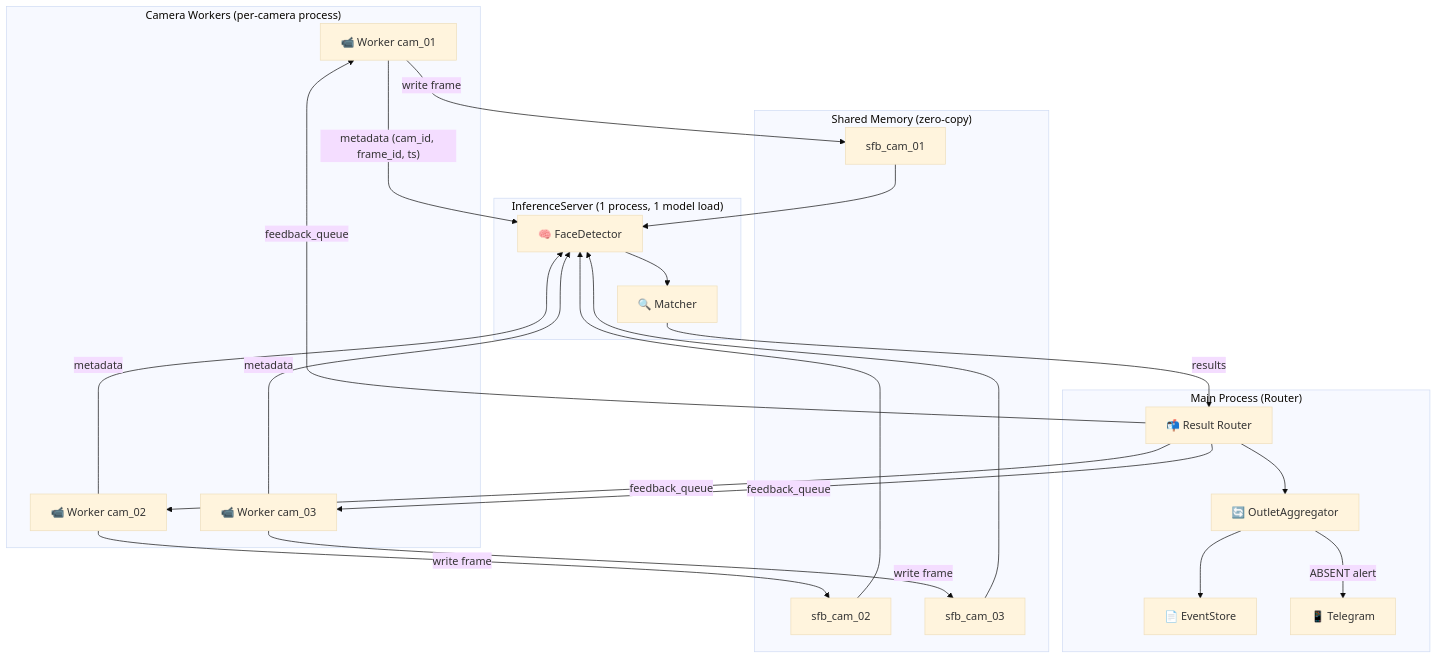
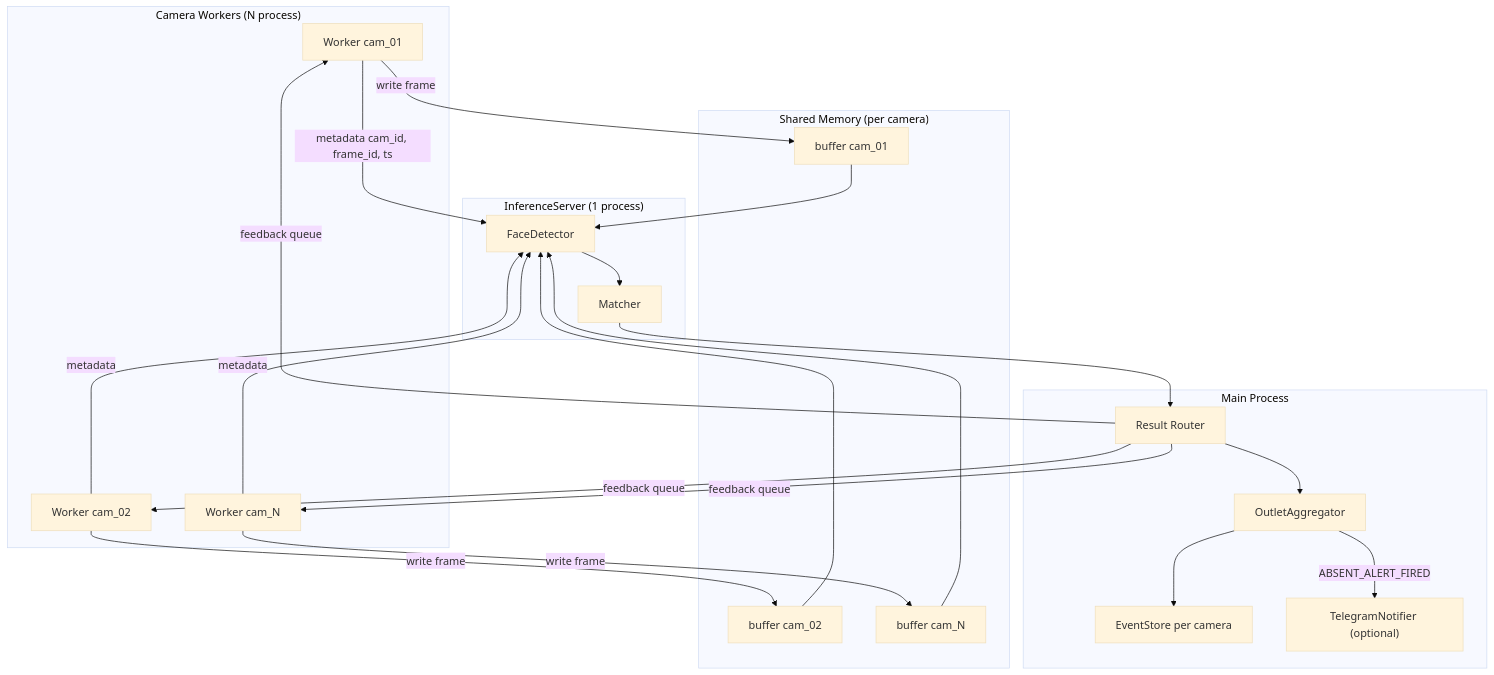
One commit to Nanaacaw/face_recognition- changed the first of 2 diagrams in docs/05-system-flow.md. Above: the diagram before and after it, drawn with Mermaid (base theme). The commit also changed other lines of this file, not shown here.

Commit message:
refactor: update system flow documentation for clarity and structure

````diff
--- a/docs/05-system-flow.md
+++ b/docs/05-system-flow.md
@@ -45,48 +27,45 @@
 ```mermaid
 flowchart TD
-    subgraph proc_workers["Camera Workers (per-camera process)"]
-        W1[📹 Worker cam_01] 
-        W2[📹 Worker cam_02]
-        W3[📹 Worker cam_03]
+    subgraph workers["Camera Workers (N process)"]
+        W1["Worker cam_01"]
+        W2["Worker cam_02"]
+        WN["Worker cam_N"]
     end
 
-    subgraph shm["Shared Memory (zero-copy)"]
-        SHM1[sfb_cam_01]
-        SHM2[sfb_cam_02]
-        SHM3[sfb_cam_03]
+    subgraph shm["Shared Memory (per camera)"]
+        S1["buffer cam_01"]
+        S2["buffer cam_02"]
+        SN["buffer cam_N"]
     end
 
-    subgraph inference["InferenceServer (1 process, 1 model load)"]
-        DET[🧠 FaceDetector]
-        MAT[🔍 Matcher]
+    subgraph inf["InferenceServer (1 process)"]
+        DET["FaceDetector"]
+        MAT["Matcher"]
     end
 
-    subgraph main["Main Process (Router)"]
-        Router[📬 Result Router]
-        AGG[🔄 OutletAggregator]
-        EVT[📄 EventStore]
-        TG[📱 Telegram]
+    subgraph main["Main Process"]
+        ROUTER["Result Router"]
+        AGG["OutletAggregator"]
+        STORE["EventStore per camera"]
+        TG["TelegramNotifier (optional)"]
     end
 
-    W1 -->|write frame| SHM1
-    W2 -->|write frame| SHM2
-    W3 -->|write frame| SHM3
+    W1 -->|write frame| S1
+    W2 -->|write frame| S2
+    WN -->|write frame| SN
 
-    SHM1 --> DET
-    SHM2 --> DET
-    SHM3 --> DET
+    W1 -->|metadata cam_id, frame_id, ts| DET
+    W2 -->|metadata| DET
+    WN -->|metadata| DET
 
-    W1 -->|"metadata (cam_id, frame_id, ts)"| DET
-    W2 -->|metadata| DET
-    W3 -->|metadata| DET
+    S1 --> DET
+    S2 --> DET
+    SN --> DET
 
-    DET --> MAT
-    MAT -->|results| Router
-
-    Router -->|feedback_queue| W1
-    Router -->|feedback_queue| W2
-    Router -->|feedback_queue| W3
-    Router --> AGG
-    AGG --> EVT
-    AGG -->|ABSENT alert| TG
+    DET --> MAT --> ROUTER
+    ROUTER -->|feedback queue| W1
+    ROUTER -->|feedback queue| W2
+    ROUTER -->|feedback queue| WN
+    ROUTER --> AGG --> STORE
+    AGG -->|ABSENT_ALERT_FIRED| TG
 ```
````
